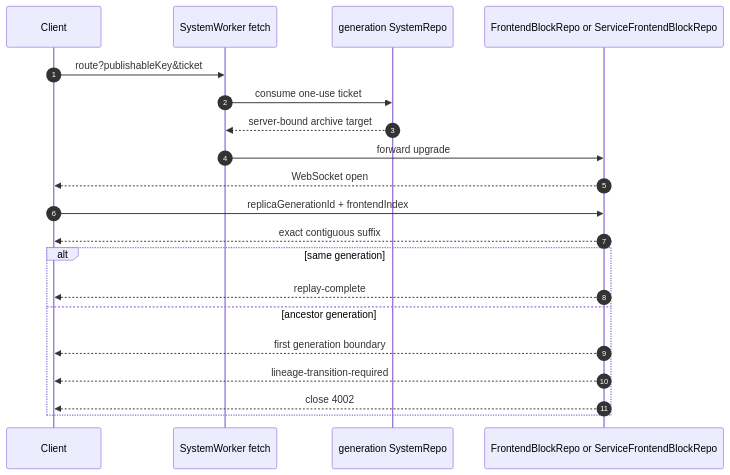
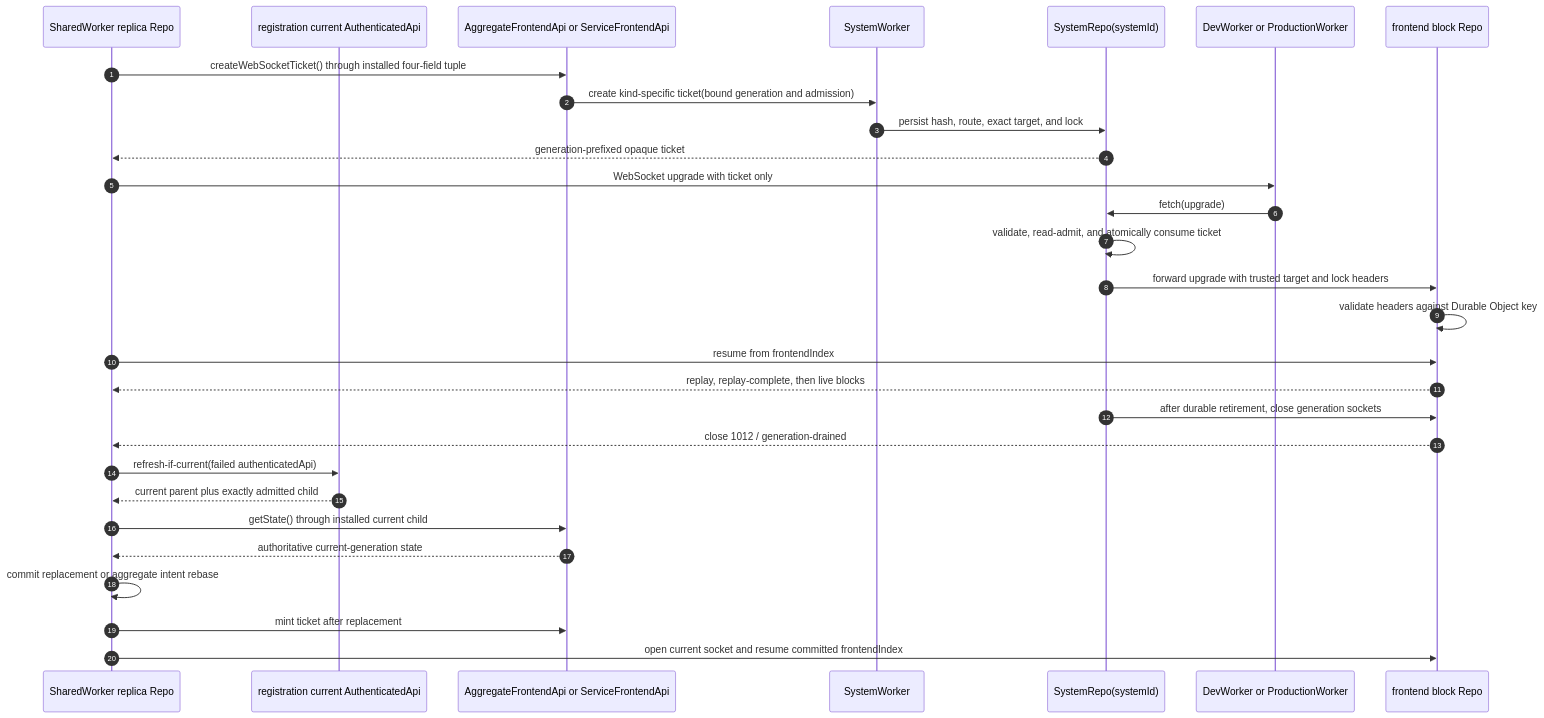
One commit to morgs32/qrk.sh changed the diagram in wiki/architecture/FrontendWebSocket.md. Above: the diagram before and after it, drawn with Mermaid. The commit also changed other lines of this file and 1357 other files, not shown here.

````diff
--- a/wiki/architecture/FrontendWebSocket.md
+++ b/wiki/architecture/FrontendWebSocket.md
@@ -107,23 +28,50 @@
 ```mermaid
 sequenceDiagram
-  autonumber
-  participant Client
-  participant Gateway as SystemWorker fetch
-  participant System as generation SystemRepo
-  participant Archive as FrontendBlockRepo or ServiceFrontendBlockRepo
-
-  Client->>Gateway: route?publishableKey&ticket
-  Gateway->>System: consume one-use ticket
-  System-->>Gateway: server-bound archive target
-  Gateway->>Archive: forward upgrade
-  Archive-->>Client: WebSocket open
-  Client->>Archive: replicaGenerationId + frontendIndex
-  Archive-->>Client: exact contiguous suffix
-  alt same generation
-    Archive-->>Client: replay-complete
-  else ancestor generation
-    Archive-->>Client: first generation boundary
-    Archive-->>Client: lineage-transition-required
-    Archive-->>Client: close 4002
-  end
+  participant Replica as SharedWorker replica Repo
+  participant Auth as registration current AuthenticatedApi
+  participant Api as AggregateFrontendApi or ServiceFrontendApi
+  participant Worker as SystemWorker
+  participant SystemRepo as SystemRepo(systemId)
+  participant Entry as DevWorker or ProductionWorker
+  participant Archive as frontend block Repo
+  autonumber 1
+  Replica->>Api: createWebSocketTicket() through installed four-field tuple
+  autonumber 2
+  Api->>Worker: create kind-specific ticket(bound generation and admission)
+  autonumber 3
+  Worker->>SystemRepo: persist hash, route, exact target, and lock
+  autonumber 4
+  SystemRepo-->>Replica: generation-prefixed opaque ticket
+  autonumber 5
+  Replica->>Entry: WebSocket upgrade with ticket only
+  autonumber 6
+  Entry->>SystemRepo: fetch(upgrade)
+  autonumber 7
+  SystemRepo->>SystemRepo: validate, read-admit, and atomically consume ticket
+  autonumber 8
+  SystemRepo->>Archive: forward upgrade with trusted target and lock headers
+  autonumber 9
+  Archive->>Archive: validate headers against Durable Object key
+  autonumber 10
+  Replica->>Archive: resume from frontendIndex
+  autonumber 11
+  Archive-->>Replica: replay, replay-complete, then live blocks
+  autonumber 12
+  SystemRepo->>Archive: after durable retirement, close generation sockets
+  autonumber 13
+  Archive-->>Replica: close 1012 / generation-drained
+  autonumber 14
+  Replica->>Auth: refresh-if-current(failed authenticatedApi)
+  autonumber 15
+  Auth-->>Replica: current parent plus exactly admitted child
+  autonumber 16
+  Replica->>Api: getState() through installed current child
+  autonumber 17
+  Api-->>Replica: authoritative current-generation state
+  autonumber 18
+  Replica->>Replica: commit replacement or aggregate intent rebase
+  autonumber 19
+  Replica->>Api: mint ticket after replacement
+  autonumber 20
+  Replica->>Archive: open current socket and resume committed frontendIndex
 ```
````
